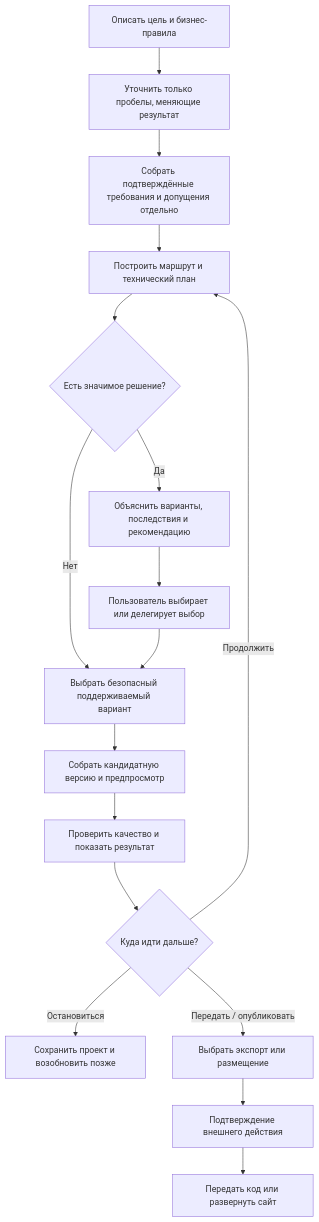
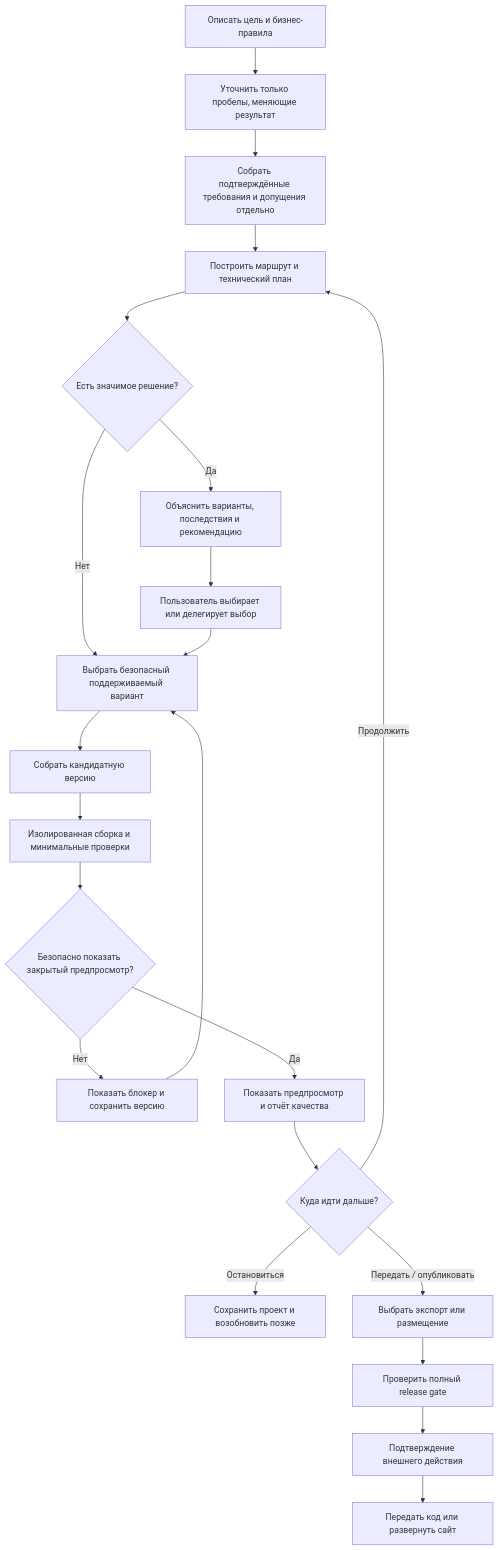
Before and after one commit to nurgeldiserikbay/builder-docs: the first of 5 diagrams in docs/ARCHITECTURE_AND_BUSINESS_LOGIC.md, drawn with Mermaid.

Commit message:
Order build, isolated checks and preview gates correctly

````diff
--- a/docs/ARCHITECTURE_AND_BUSINESS_LOGIC.md
+++ b/docs/ARCHITECTURE_AND_BUSINESS_LOGIC.md
@@ -13,19 +13,24 @@
 ```mermaid
 flowchart TD
     A["Описать цель и бизнес-правила"] --> B["Уточнить только пробелы, меняющие результат"]
     B --> C["Собрать подтверждённые требования и допущения отдельно"]
     C --> D["Построить маршрут и технический план"]
     D --> E{"Есть значимое решение?"}
     E -->|"Нет"| F["Выбрать безопасный поддерживаемый вариант"]
     E -->|"Да"| G["Объяснить варианты, последствия и рекомендацию"]
     G --> H["Пользователь выбирает или делегирует выбор"]
     H --> F
-    F --> I["Собрать кандидатную версию и предпросмотр"]
-    I --> J["Проверить качество и показать результат"]
-    J --> K{"Куда идти дальше?"}
-    K -->|"Продолжить"| D
-    K -->|"Остановиться"| L["Сохранить проект и возобновить позже"]
-    K -->|"Передать / опубликовать"| M["Выбрать экспорт или размещение"]
-    M --> N["Подтверждение внешнего действия"]
-    N --> O["Передать код или развернуть сайт"]
+    F --> I["Собрать кандидатную версию"]
+    I --> J["Изолированная сборка и минимальные проверки"]
+    J --> K{"Безопасно показать закрытый предпросмотр?"}
+    K -->|"Нет"| L["Показать блокер и сохранить версию"]
+    L --> F
+    K -->|"Да"| M["Показать предпросмотр и отчёт качества"]
+    M --> N{"Куда идти дальше?"}
+    N -->|"Продолжить"| D
+    N -->|"Остановиться"| O["Сохранить проект и возобновить позже"]
+    N -->|"Передать / опубликовать"| P["Выбрать экспорт или размещение"]
+    P --> Q["Проверить полный release gate"]
+    Q --> R["Подтверждение внешнего действия"]
+    R --> S["Передать код или развернуть сайт"]
 ```
````
